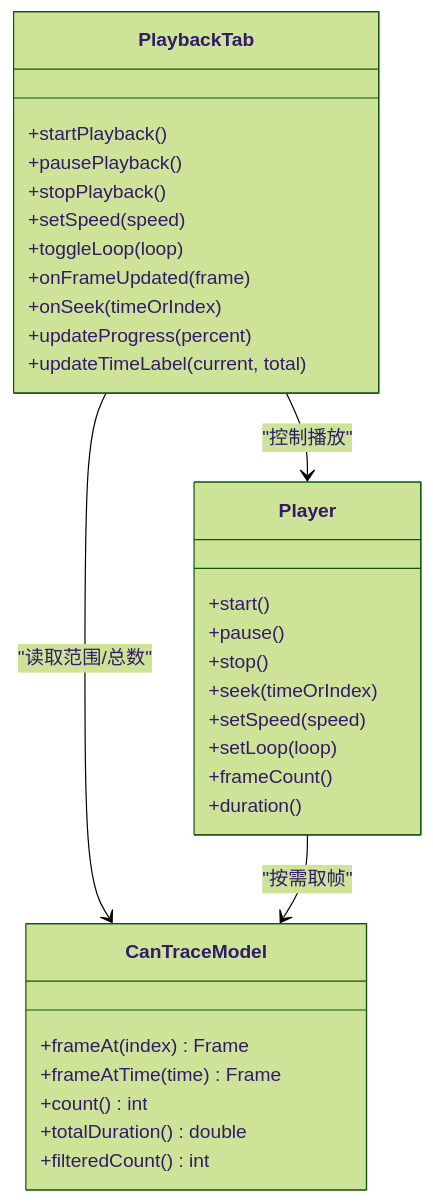
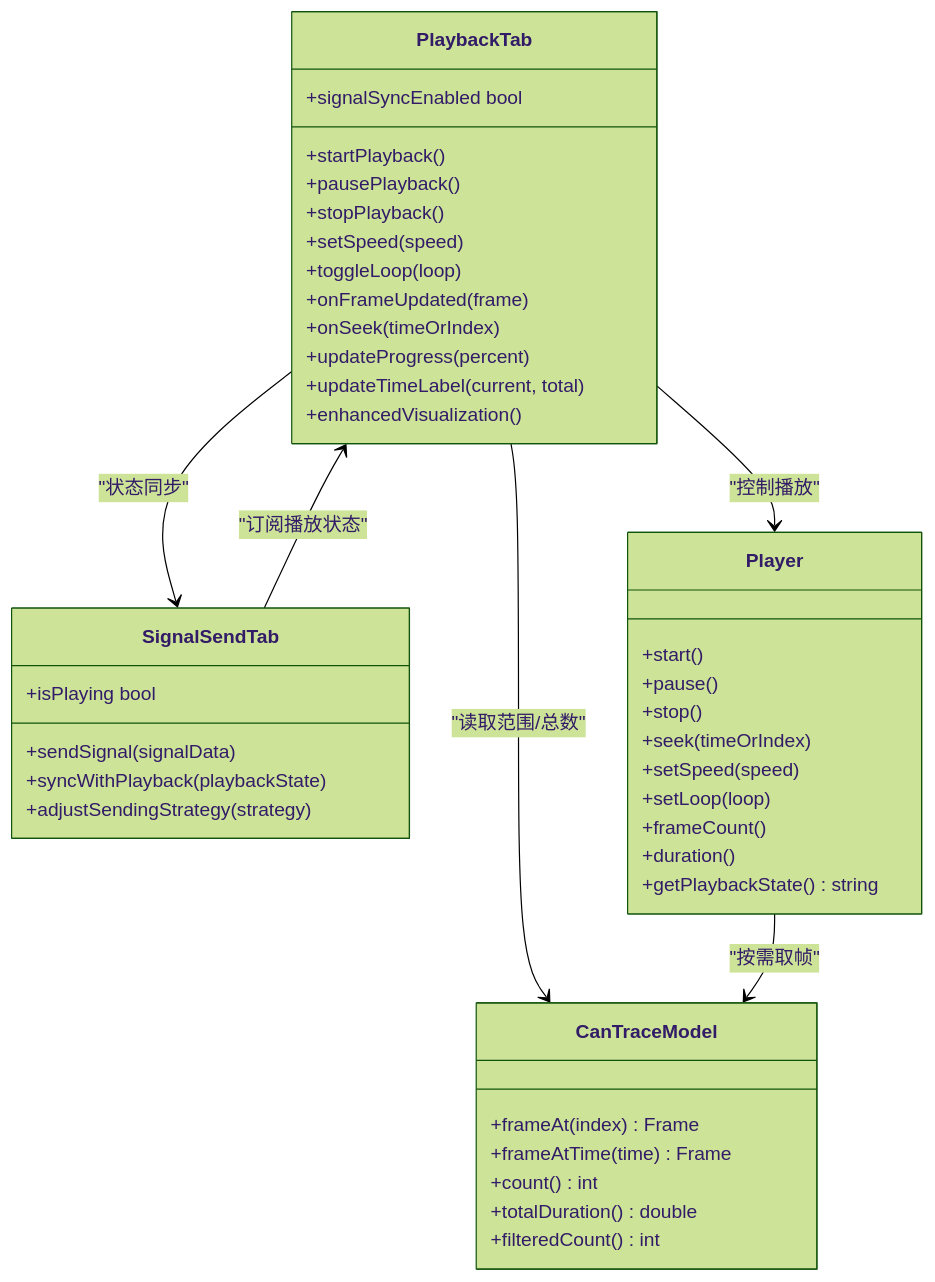
Before and after one commit to jakecai1225-design/OpenBus: the third of 6 diagrams in .qoder/repowiki/zh/content/架构设计/UI系统设计/播放控制Tab组件.md, drawn with Mermaid (forest theme). The commit also changed other lines of this file and 59 other files, not shown here.

````diff
--- a/.qoder/repowiki/zh/content/架构设计/UI系统设计/播放控制Tab组件.md
+++ b/.qoder/repowiki/zh/content/架构设计/UI系统设计/播放控制Tab组件.md
@@ -138,34 +170,45 @@
 ```mermaid
 classDiagram
 class PlaybackTab {
 +startPlayback()
 +pausePlayback()
 +stopPlayback()
 +setSpeed(speed)
 +toggleLoop(loop)
 +onFrameUpdated(frame)
 +onSeek(timeOrIndex)
 +updateProgress(percent)
 +updateTimeLabel(current, total)
++signalSyncEnabled bool
++enhancedVisualization()
+}
+class SignalSendTab {
++sendSignal(signalData)
++syncWithPlayback(playbackState)
++adjustSendingStrategy(strategy)
++isPlaying bool
 }
 class Player {
 +start()
 +pause()
 +stop()
 +seek(timeOrIndex)
 +setSpeed(speed)
 +setLoop(loop)
 +frameCount()
 +duration()
++getPlaybackState() string
 }
 class CanTraceModel {
 +frameAt(index) Frame
 +frameAtTime(time) Frame
 +count() int
 +totalDuration() double
 +filteredCount() int
 }
 PlaybackTab --> Player : "控制播放"
 PlaybackTab --> CanTraceModel : "读取范围/总数"
+PlaybackTab --> SignalSendTab : "状态同步"
+SignalSendTab --> PlaybackTab : "订阅播放状态"
 Player --> CanTraceModel : "按需取帧"
 ```
````
